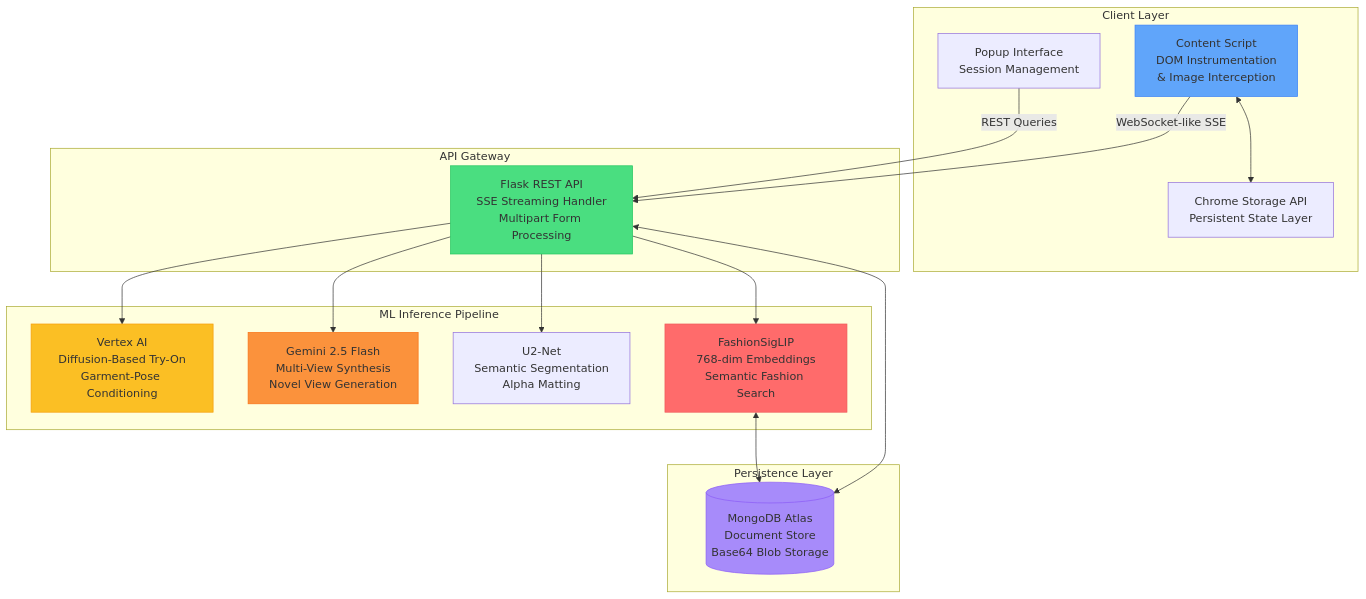
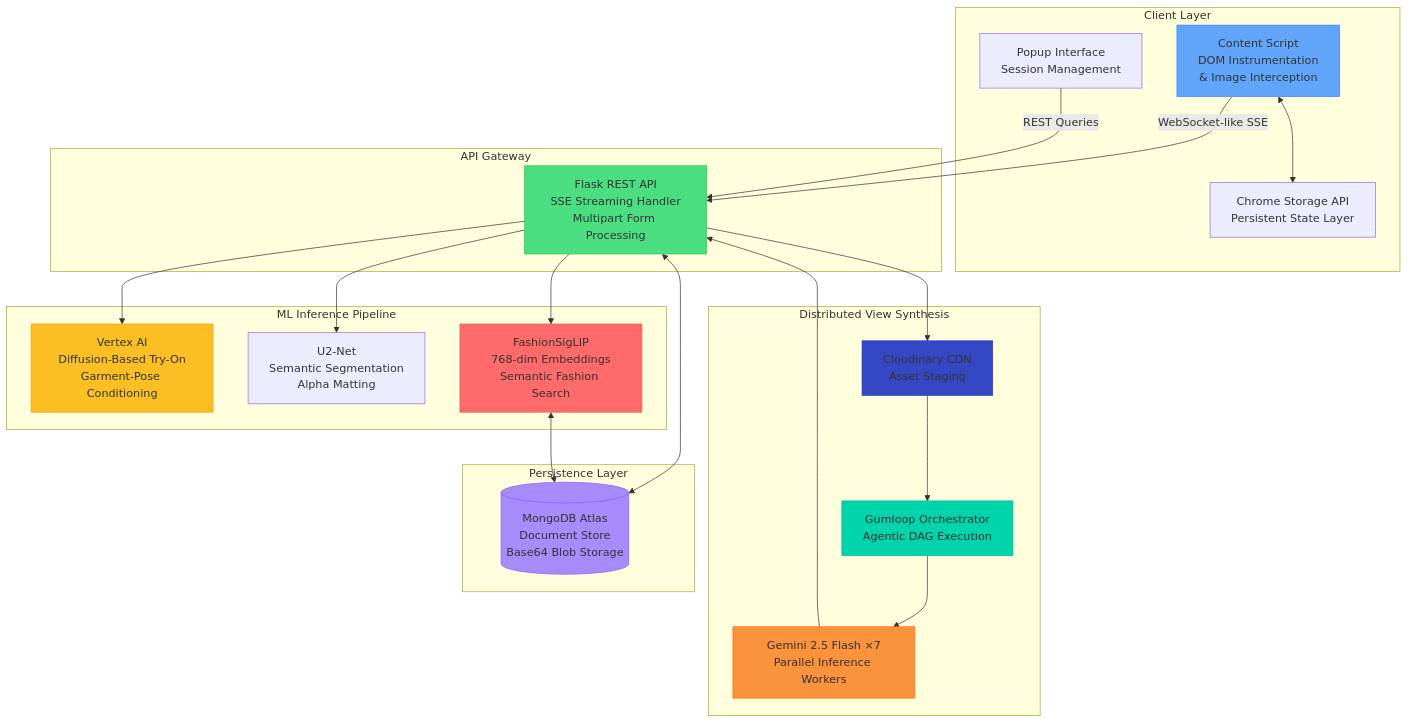
Before and after one commit to AntoDono/McHacks2026: the first of 5 diagrams in README.md, drawn with Mermaid. The commit also changed other lines of this file and 5 other files, not shown here.

````diff
--- a/README.md
+++ b/README.md
@@ -71,41 +73,51 @@
 ```mermaid
 graph TB
     subgraph "Client Layer"
         CS[Content Script<br/>DOM Instrumentation<br/>& Image Interception]
         POPUP[Popup Interface<br/>Session Management]
         STORAGE[Chrome Storage API<br/>Persistent State Layer]
     end
     
     subgraph "API Gateway"
         API[Flask REST API<br/>SSE Streaming Handler<br/>Multipart Form Processing]
     end
     
     subgraph "ML Inference Pipeline"
         VERTEX[Vertex AI<br/>Diffusion-Based Try-On<br/>Garment-Pose Conditioning]
-        GEMINI[Gemini 2.5 Flash<br/>Multi-View Synthesis<br/>Novel View Generation]
         REMBG[U2-Net<br/>Semantic Segmentation<br/>Alpha Matting]
         SIGLIP[FashionSigLIP<br/>768-dim Embeddings<br/>Semantic Fashion Search]
+    end
+    
+    subgraph "Distributed View Synthesis"
+        CLOUD[Cloudinary CDN<br/>Asset Staging]
+        GUMLOOP[Gumloop Orchestrator<br/>Agentic DAG Execution]
+        GEMINI[Gemini 2.5 Flash ×7<br/>Parallel Inference Workers]
     end
     
     subgraph "Persistence Layer"
         MONGO[(MongoDB Atlas<br/>Document Store<br/>Base64 Blob Storage)]
     end
     
     CS -->|WebSocket-like SSE| API
     POPUP -->|REST Queries| API
     CS <--> STORAGE
     
     API --> VERTEX
-    API --> GEMINI
     API --> REMBG
     API --> SIGLIP
+    API --> CLOUD
+    CLOUD --> GUMLOOP
+    GUMLOOP --> GEMINI
+    GEMINI --> API
     API <--> MONGO
     SIGLIP <--> MONGO
     
     style CS fill:#60a5fa,stroke:#3b82f6
     style API fill:#4ade80,stroke:#22c55e
     style VERTEX fill:#fbbf24,stroke:#f59e0b
+    style CLOUD fill:#3448c5,stroke:#2d3cb8
+    style GUMLOOP fill:#00d4aa,stroke:#00b894
     style GEMINI fill:#fb923c,stroke:#f97316
     style SIGLIP fill:#ff6b6b,stroke:#ee5a5a
     style MONGO fill:#a78bfa,stroke:#8b5cf6
 ```
````
